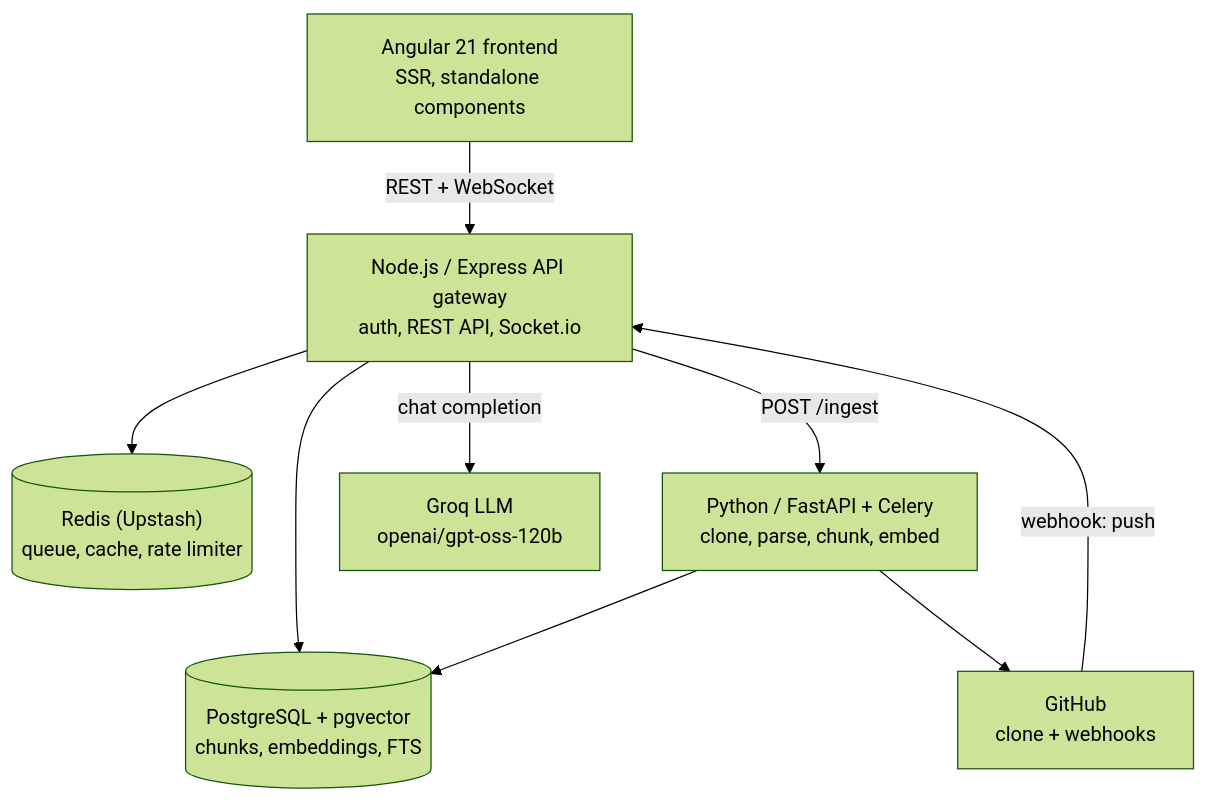
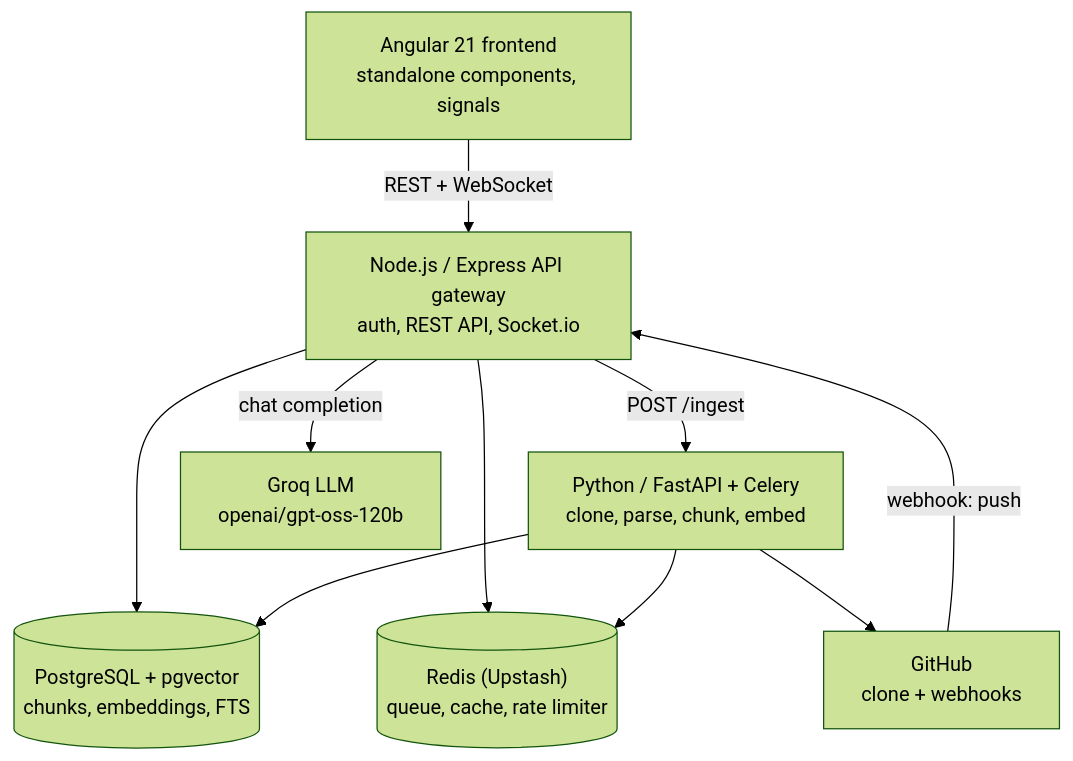
The diagram in README.md (prerna7506/RepoLens), drawn with Mermaid (forest theme) before and after one commit. The commit also changed other lines of this file, not shown here.

````diff
--- a/README.md
+++ b/README.md
@@ -9,19 +19,20 @@
 ```mermaid
 flowchart TB
-    FE["Angular 21 frontend<br/>SSR, standalone components"]
+    FE["Angular 21 frontend<br/>standalone components, signals"]
     GW["Node.js / Express API gateway<br/>auth, REST API, Socket.io"]
     PG[("PostgreSQL + pgvector<br/>chunks, embeddings, FTS")]
     RD[("Redis (Upstash)<br/>queue, cache, rate limiter")]
     IW["Python / FastAPI + Celery<br/>clone, parse, chunk, embed"]
     GH["GitHub<br/>clone + webhooks"]
     GR["Groq LLM<br/>openai/gpt-oss-120b"]
 
     FE -->|REST + WebSocket| GW
     GW --> PG
     GW --> RD
     GW -->|POST /ingest| IW
     GW -->|chat completion| GR
     IW --> GH
     IW --> PG
+    IW --> RD
     GH -->|webhook: push| GW
 ```
````
